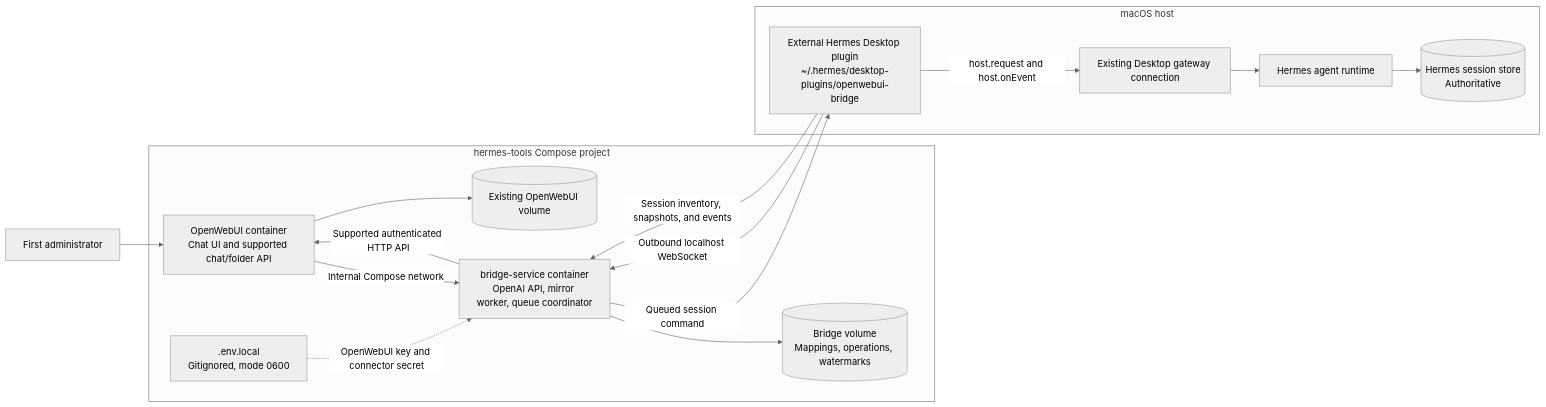
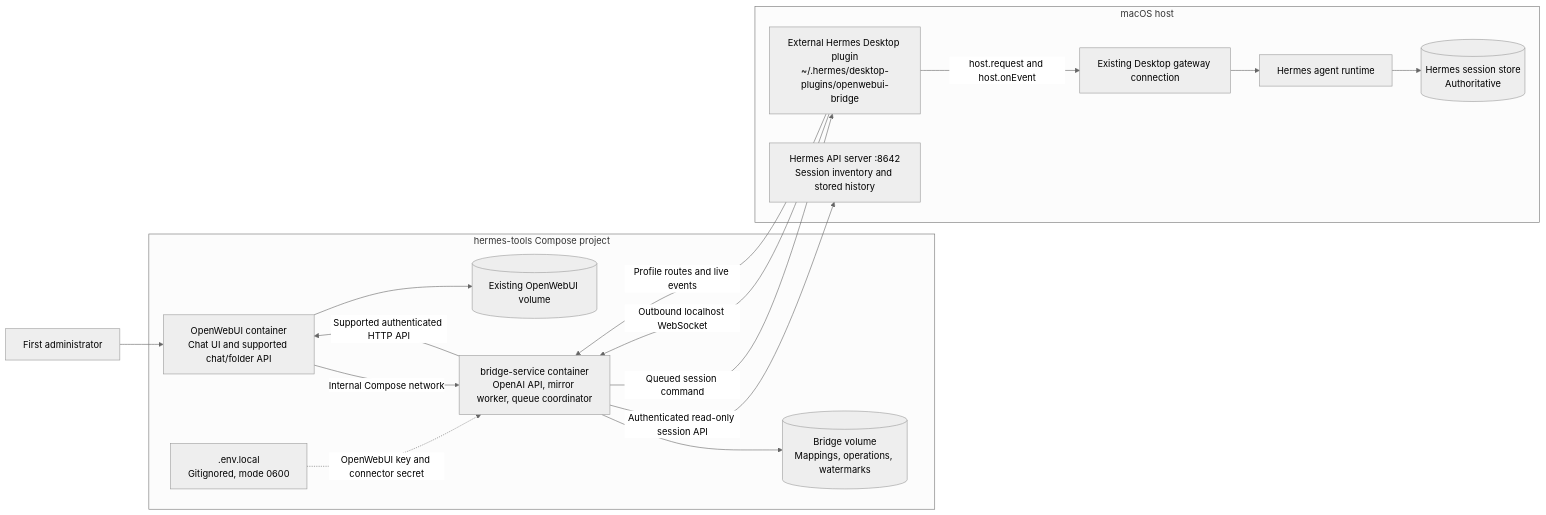
The second of 3 diagrams in docs/superpowers/specs/2026-09-03-hermes-openwebui-bridge-design.md (DZamataev/hermes-tools), drawn with Mermaid (neutral theme) before and after one commit. The commit also changed other lines of this file, not shown here.

Commit message:
docs: separate Hermes history reads from live execution

````diff
--- a/docs/superpowers/specs/2026-09-03-hermes-openwebui-bridge-design.md
+++ b/docs/superpowers/specs/2026-09-03-hermes-openwebui-bridge-design.md
@@ -71,34 +71,36 @@
 ```mermaid
 flowchart LR
     User["First administrator"]
 
     subgraph Compose["hermes-tools Compose project"]
         Web["OpenWebUI container<br/>Chat UI and supported chat/folder API"]
         WebData[("Existing OpenWebUI volume")]
         Bridge["bridge-service container<br/>OpenAI API, mirror worker, queue coordinator"]
         BridgeData[("Bridge volume<br/>Mappings, operations, watermarks")]
         LocalEnv[".env.local<br/>Gitignored, mode 0600"]
 
         Web --> WebData
         Bridge --> BridgeData
         LocalEnv -.->|OpenWebUI key and connector secret| Bridge
         Web -->|Internal Compose network| Bridge
         Bridge -->|Supported authenticated HTTP API| Web
     end
 
     subgraph Host["macOS host"]
         Plugin["External Hermes Desktop plugin<br/>~/.hermes/desktop-plugins/openwebui-bridge"]
+        HermesRead["Hermes API server :8642<br/>Session inventory and stored history"]
         Gateway["Existing Desktop gateway connection"]
         Runtime["Hermes agent runtime"]
         HermesData[("Hermes session store<br/>Authoritative")]
 
         Plugin -->|host.request and host.onEvent| Gateway
         Gateway --> Runtime
         Runtime --> HermesData
     end
 
     User --> Web
     Plugin -->|Outbound localhost WebSocket| Bridge
     Bridge -->|Queued session command| Plugin
-    Plugin -->|Session inventory, snapshots, and events| Bridge
+    Plugin -->|Profile routes and live events| Bridge
+    Bridge -->|Authenticated read-only session API| HermesRead
 ```
````
